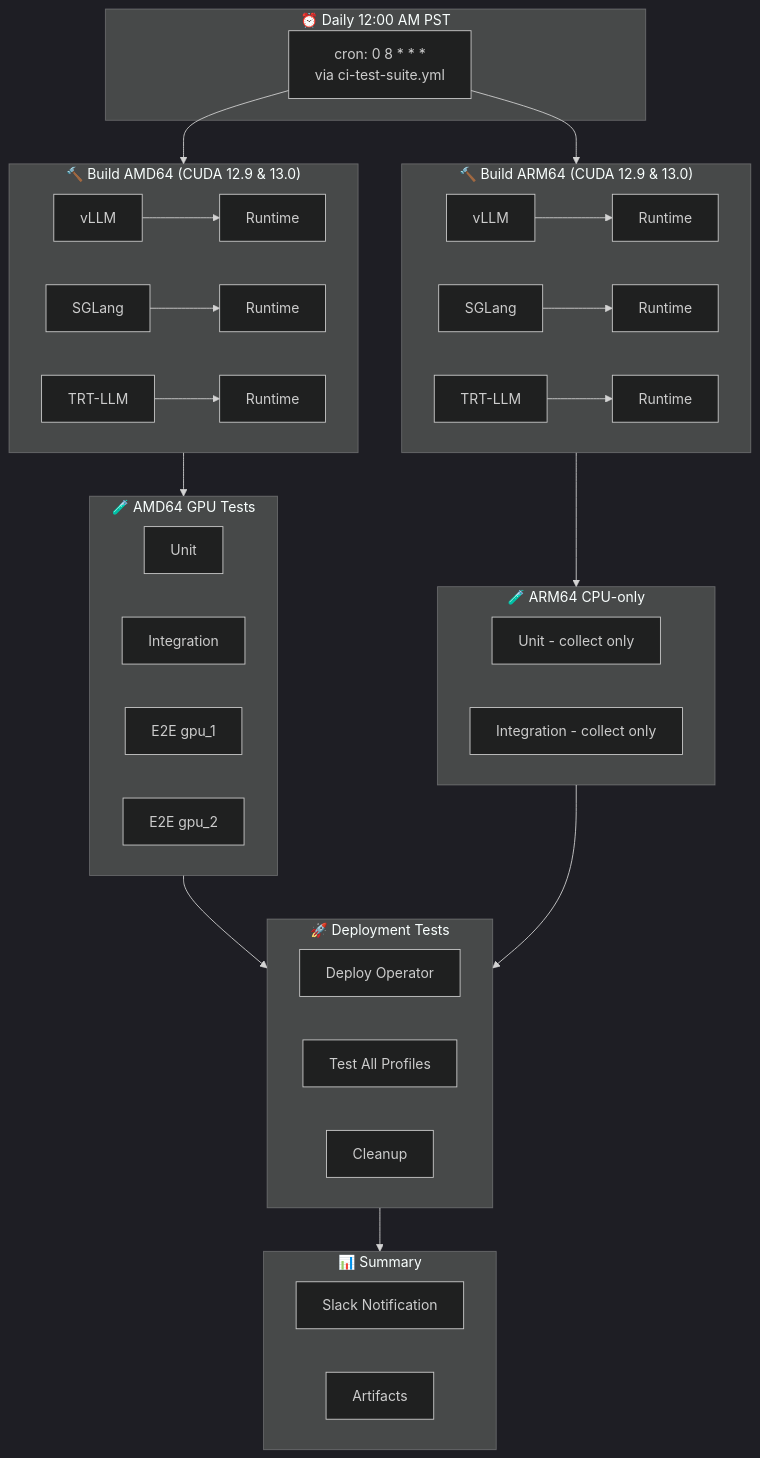
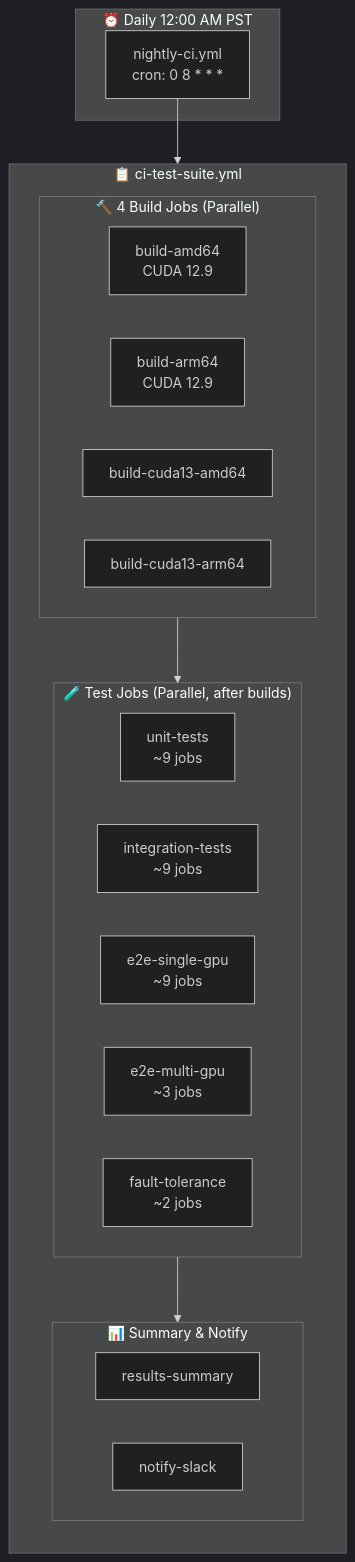
One commit to ai-dynamo/dynamo changed the fourth of 4 diagrams in .github/NIGHTLY_WORKFLOW.md. Above: the diagram before and after it, drawn with Mermaid (dark theme). The commit also changed other lines of this file and 2 other files, not shown here.

````diff
--- a/.github/NIGHTLY_WORKFLOW.md
+++ b/.github/NIGHTLY_WORKFLOW.md
@@ -180,47 +208,34 @@
 ```mermaid
 flowchart TB
-    subgraph Schedule["⏰ Daily 12:00 AM PST"]
-        Cron["cron: 0 8 * * *<br/>via ci-test-suite.yml"]
+    subgraph Trigger["⏰ Daily 12:00 AM PST"]
+        A[nightly-ci.yml<br/>cron: 0 8 * * *]
     end
 
-    subgraph BuildAMD["🔨 Build AMD64 (CUDA 12.9 & 13.0)"]
-        BA1[vLLM] --> BA2[Runtime]
-        BA3[SGLang] --> BA4[Runtime]
-        BA5[TRT-LLM] --> BA6[Runtime]
+    subgraph Workflow["📋 ci-test-suite.yml"]
+        direction TB
+        
+        subgraph Builds["🔨 4 Build Jobs (Parallel)"]
+            B1[build-amd64<br/>CUDA 12.9]
+            B2[build-arm64<br/>CUDA 12.9]
+            B3[build-cuda13-amd64]
+            B4[build-cuda13-arm64]
+        end
+
+        subgraph Tests["🧪 Test Jobs (Parallel, after builds)"]
+            T1[unit-tests<br/>~9 jobs]
+            T2[integration-tests<br/>~9 jobs]
+            T3[e2e-single-gpu<br/>~9 jobs]
+            T4[e2e-multi-gpu<br/>~3 jobs]
+            T5[fault-tolerance<br/>~2 jobs]
+        end
+
+        subgraph Summary["📊 Summary & Notify"]
+            S1[results-summary]
+            S2[notify-slack]
+        end
     end
 
-    subgraph BuildARM["🔨 Build ARM64 (CUDA 12.9 & 13.0)"]
-        BB1[vLLM] --> BB2[Runtime]
-        BB3[SGLang] --> BB4[Runtime]
-        BB5[TRT-LLM] --> BB6[Runtime]
-    end
-
-    subgraph TestAMD["🧪 AMD64 GPU Tests"]
-        TA1[Unit]
-        TA2[Integration]
-        TA3[E2E gpu_1]
-        TA4[E2E gpu_2]
-    end
-
-    subgraph TestARM["🧪 ARM64 CPU-only"]
-        TB1[Unit - collect only]
-        TB2[Integration - collect only]
-    end
-
-    subgraph Deploy["🚀 Deployment Tests"]
-        D1[Deploy Operator]
-        D2[Test All Profiles]
-        D3[Cleanup]
-    end
-
-    subgraph Summary["📊 Summary"]
-        S1[Slack Notification]
-        S2[Artifacts]
-    end
-
-    Cron --> BuildAMD & BuildARM
-    BuildAMD --> TestAMD
-    BuildARM --> TestARM
-    TestAMD & TestARM --> Deploy
-    Deploy --> Summary
+    A --> Builds
+    Builds --> Tests
+    Tests --> Summary
 ```
````
